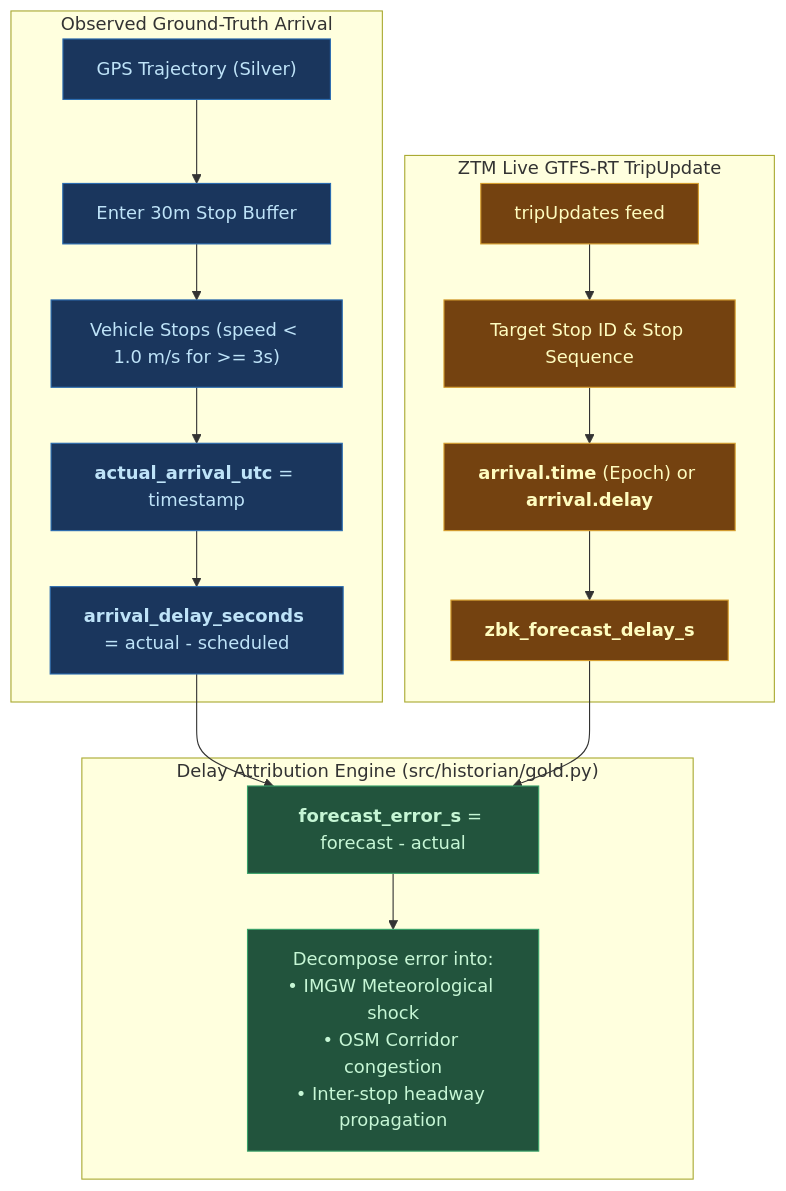
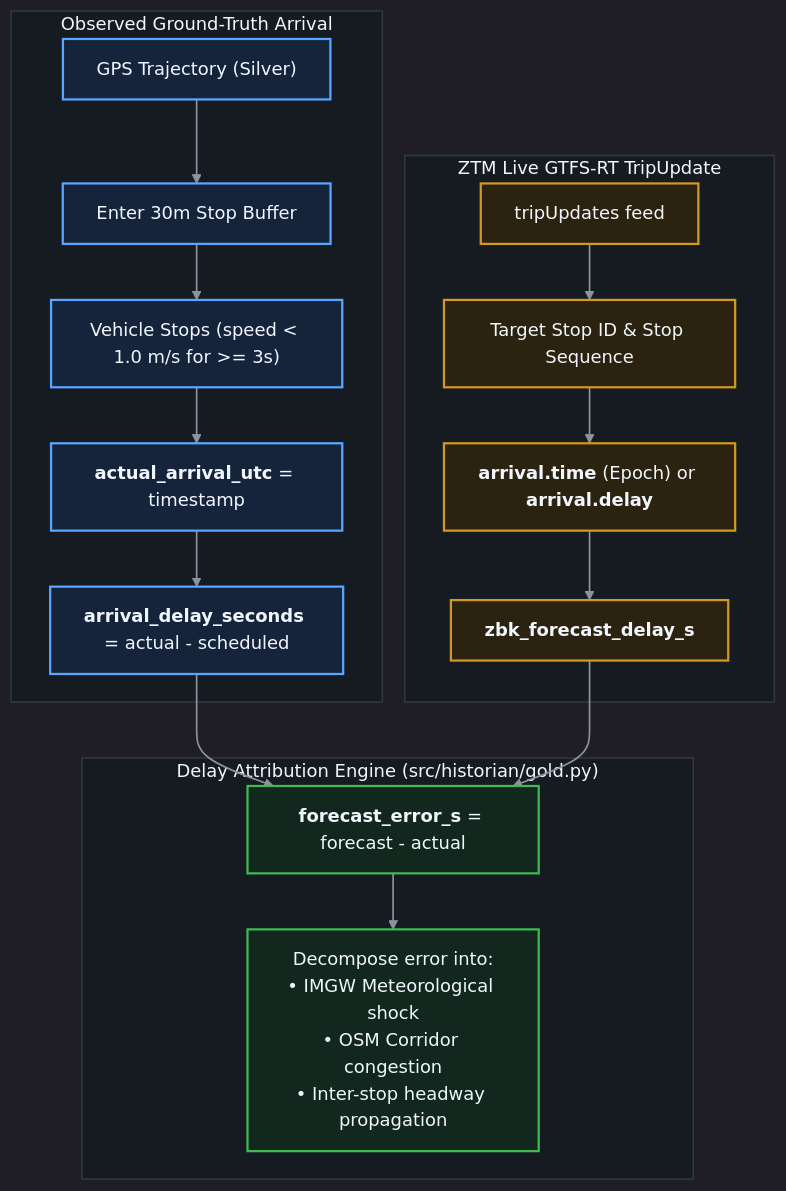
The third of 3 diagrams in architect/historian_pipeline/README.md (giangh14cqt/warsaw-public-transport-monitor), drawn with Mermaid before and after one commit. The commit also changed other lines of this file and 9 other files, not shown here.

First line of the commit message:
style(architect): optimize all Mermaid diagrams for GitHub dark theme readability

````diff
--- a/architect/historian_pipeline/README.md
+++ b/architect/historian_pipeline/README.md
@@ -136,29 +176,46 @@
 ```mermaid
+%%{init: {
+  'theme': 'dark',
+  'themeVariables': {
+    'darkMode': true,
+    'background': '#0d1117',
+    'mainBkg': '#161b22',
+    'clusterBkg': '#161b22',
+    'clusterBorder': '#30363d',
+    'primaryTextColor': '#f0f6fc'
+  }
+}}%%
 graph TD
     subgraph ObservedActuals ["Observed Ground-Truth Arrival"]
         O1["GPS Trajectory (Silver)"] --> O2["Enter 30m Stop Buffer"]
         O2 --> O3["Vehicle Stops (speed < 1.0 m/s for >= 3s)"]
         O3 --> O4["<b>actual_arrival_utc</b> = timestamp"]
         O4 --> O5["<b>arrival_delay_seconds</b> = actual - scheduled"]
     end
 
     subgraph OperatorForecast ["ZTM Live GTFS-RT TripUpdate"]
         F1["tripUpdates feed"] --> F2["Target Stop ID & Stop Sequence"]
         F2 --> F3["<b>arrival.time</b> (Epoch) or <b>arrival.delay</b>"]
         F3 --> F4["<b>zbk_forecast_delay_s</b>"]
     end
 
     subgraph MetricAttribution ["Delay Attribution Engine (src/historian/gold.py)"]
         O5 --> Calc["<b>forecast_error_s</b> = forecast - actual"]
         F4 --> Calc
         Calc --> Attribution["Decompose error into:<br/>• IMGW Meteorological shock<br/>• OSM Corridor congestion<br/>• Inter-stop headway propagation"]
     end
 
-    classDef obs fill:#1a365d,stroke:#2b6cb0,color:#bee3f8;
-    classDef fc fill:#744210,stroke:#d69e2e,color:#fefcbf;
-    classDef att fill:#22543d,stroke:#38a169,color:#c6f6d5;
+    style ObservedActuals fill:#161b22,stroke:#30363d,stroke-width:1.5px,color:#f0f6fc
+    style OperatorForecast fill:#161b22,stroke:#30363d,stroke-width:1.5px,color:#f0f6fc
+    style MetricAttribution fill:#161b22,stroke:#30363d,stroke-width:1.5px,color:#f0f6fc
+
+    classDef obs fill:#16243b,stroke:#58a6ff,stroke-width:2px,color:#f0f6fc;
+    classDef fc fill:#2c2210,stroke:#d29922,stroke-width:2px,color:#f0f6fc;
+    classDef att fill:#12281e,stroke:#3fb950,stroke-width:2px,color:#f0f6fc;
+
+    linkStyle default stroke:#8b949e,stroke-width:1.5px;
 
     class O1,O2,O3,O4,O5 obs;
     class F1,F2,F3,F4 fc;
     class Calc,Attribution att;
 ```
````
